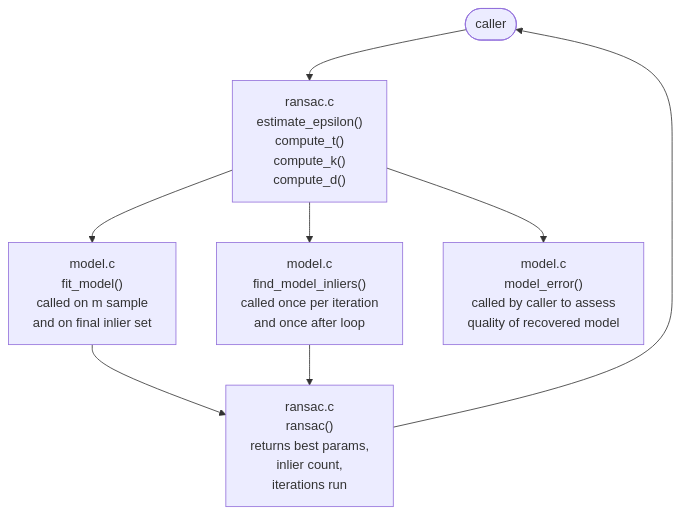
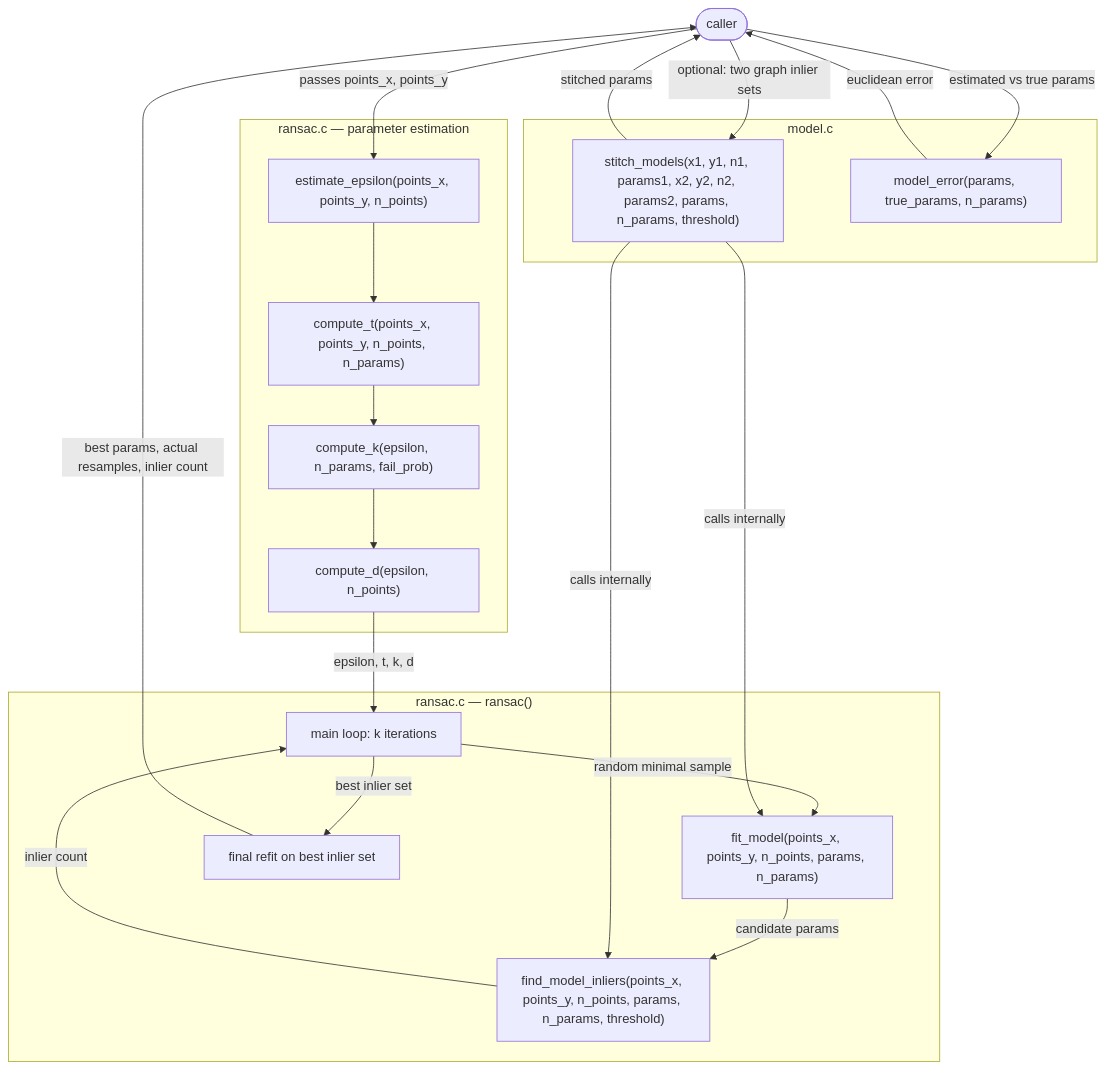
Before and after one commit to arshsinghphd/RANSAC-analysis: the second of 2 diagrams in README.md, drawn with Mermaid. The commit also changed other lines of this file and 1 other file, not shown here.

````diff
--- a/README.md
+++ b/README.md
@@ -650,32 +652,41 @@
 ```mermaid
 flowchart TD
-    A([caller]) --> B
-    B["ransac.c
-    estimate_epsilon()
-    compute_t()
-    compute_k()
-    compute_d()"]
-    B --> C
-    B --> D
-    B --> E
-    C["model.c
-    fit_model()
-    called on m sample
-    and on final inlier set"]
-    D["model.c
-    find_model_inliers()
-    called once per iteration
-    and once after loop"]
-    E["model.c
-    model_error()
-    called by caller to assess
-    quality of recovered model"]
-    C --> F
-    D --> F
-    F["ransac.c
-    ransac()
-    returns best params,
-    inlier count,
-    iterations run"]
-    F --> A
+    A([caller])
+
+    A -->|"passes points_x, points_y"| B
+
+    subgraph ransac_c ["ransac.c — parameter estimation"]
+        B["estimate_epsilon(points_x, points_y, n_points)"]
+        C["compute_t(points_x, points_y, n_points, n_params)"]
+        D["compute_k(epsilon, n_params, fail_prob)"]
+        E["compute_d(epsilon, n_points)"]
+        B --> C --> D --> E
+    end
+
+    E -->|"epsilon, t, k, d"| F
+
+    subgraph ransac_loop ["ransac.c — ransac()"]
+        F["main loop: k iterations"]
+        F -->|"random minimal sample"| G
+        G -->|"candidate params"| H
+        H -->|"inlier count"| F
+        F -->|"best inlier set"| I
+        I["final refit on best inlier set"]
+    end
+
+    subgraph model_c ["model.c"]
+        G["fit_model(points_x, points_y, n_points, params, n_params)"]
+        H["find_model_inliers(points_x, points_y, n_points, params, n_params, threshold)"]
+        I
+        J["stitch_models(x1, y1, n1, params1, x2, y2, n2, params2, params, n_params, threshold)"]
+        K["model_error(params, true_params, n_params)"]
+    end
+
+    I -->|"best params, actual resamples, inlier count"| A
+    A -->|"optional: two graph inlier sets"| J
+    J -->|"calls internally"| G
+    J -->|"calls internally"| H
+    J -->|"stitched params"| A
+    A -->|"estimated vs true params"| K
+    K -->|"euclidean error"| A
 ```
````
